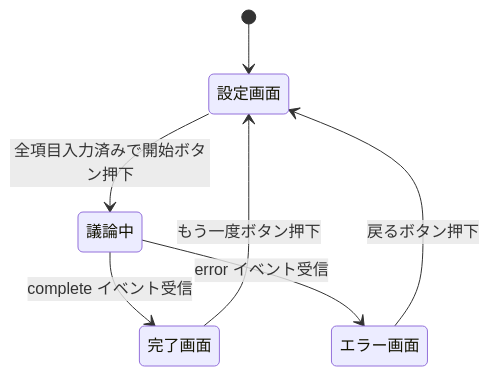
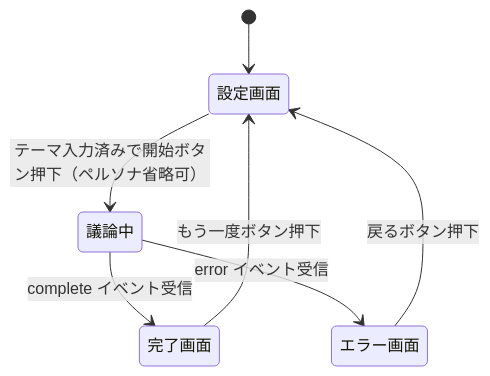
The third of 3 diagrams in docs/functional-design.md (kimura-sekishin/claude-ai-app), drawn with Mermaid before and after one commit. The commit also changed other lines of this file and 5 other files, not shown here.

````diff
--- a/docs/functional-design.md
+++ b/docs/functional-design.md
@@ -334,9 +339,9 @@
 ```mermaid
 stateDiagram-v2
     [*] --> 設定画面
-    設定画面 --> 議論中: 全項目入力済みで開始ボタン押下
+    設定画面 --> 議論中: テーマ入力済みで開始ボタン押下（ペルソナ省略可）
     議論中 --> 完了画面: complete イベント受信
     議論中 --> エラー画面: error イベント受信
     完了画面 --> 設定画面: もう一度ボタン押下
     エラー画面 --> 設定画面: 戻るボタン押下
 ```
````
